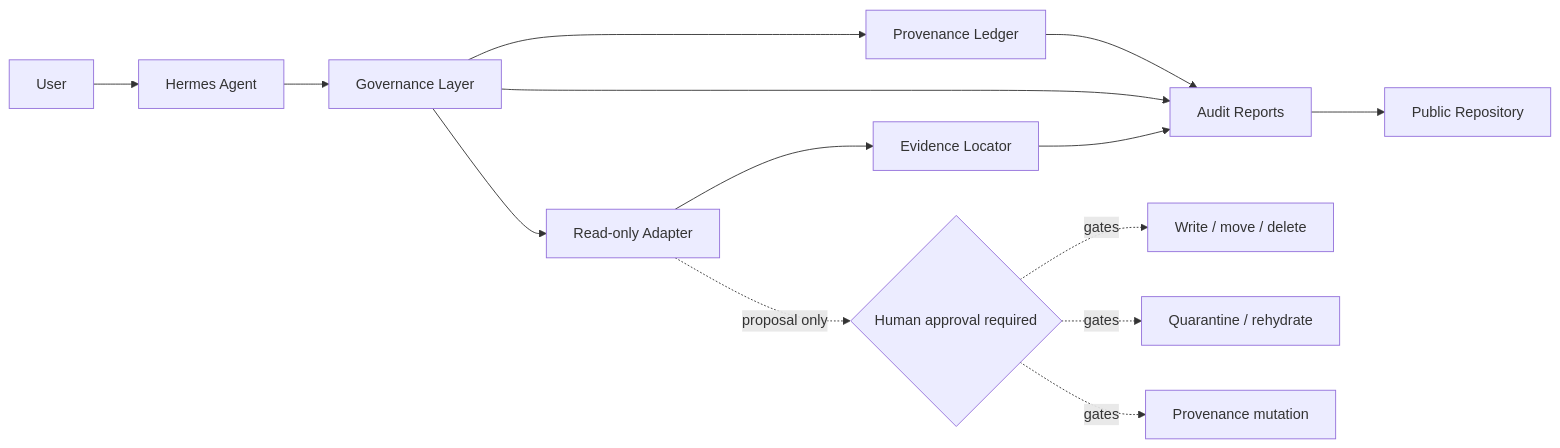
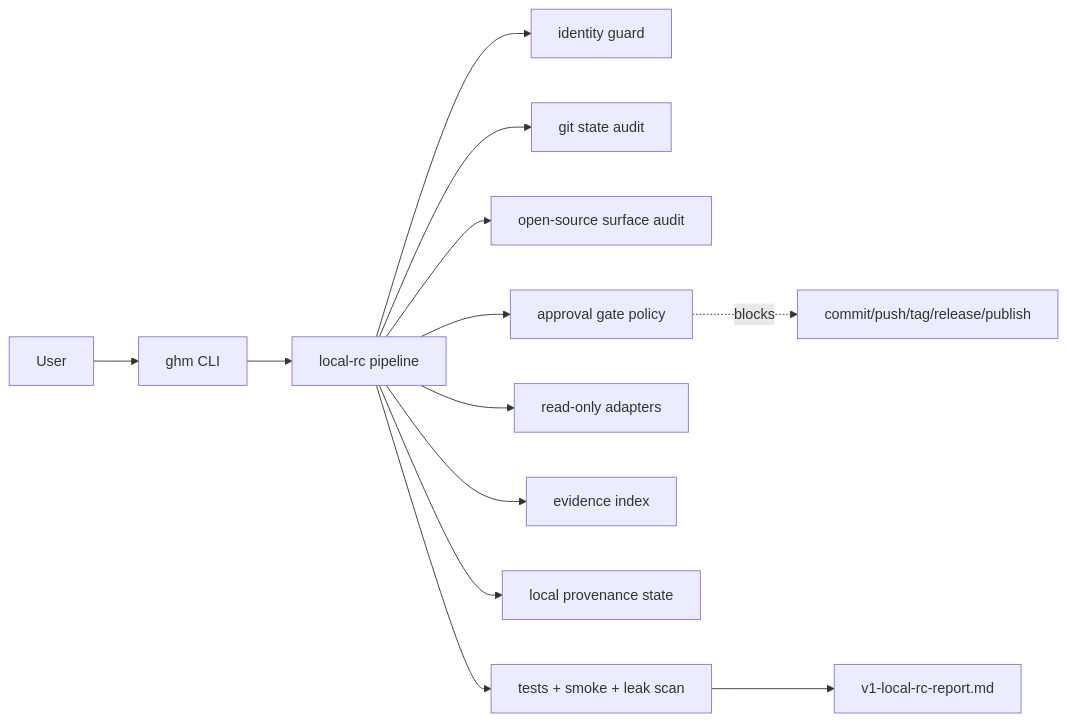
The diagram in README.md (VANILAAAAAAAA/harness-self-governance), drawn with Mermaid before and after one commit. The commit also changed other lines of this file and 37 other files, not shown here.

Commit message:
feat: add v1 local governance pipeline

````diff
--- a/README.md
+++ b/README.md
@@ -9,21 +30,15 @@
 ```mermaid
 flowchart LR
-    User[User] --> Agent[Hermes Agent]
-    Agent --> Governance[Governance Layer]
-
-    Governance --> Ledger[Provenance Ledger]
-    Governance --> Reports[Audit Reports]
-    Governance --> Adapter[Read-only Adapter]
-
-    Adapter --> Locator[Evidence Locator]
-    Locator --> Reports
-    Ledger --> Reports
-
-    Reports --> Repo[Public Repository]
-
-    Gate{Human approval required} -. gates .-> WriteActions[Write / move / delete]
-    Gate -. gates .-> ArchiveActions[Quarantine / rehydrate]
-    Gate -. gates .-> ProvenanceActions[Provenance mutation]
-
-    Adapter -. proposal only .-> Gate
+    User[User] --> CLI[ghm CLI]
+    CLI --> Pipeline[local-rc pipeline]
+    Pipeline --> Identity[identity guard]
+    Pipeline --> GitState[git state audit]
+    Pipeline --> Surface[open-source surface audit]
+    Pipeline --> Gates[approval gate policy]
+    Pipeline --> Adapters[read-only adapters]
+    Pipeline --> Evidence[evidence index]
+    Pipeline --> Provenance[local provenance state]
+    Pipeline --> Validation[tests + smoke + leak scan]
+    Validation --> Report[v1-local-rc-report.md]
+    Gates -. blocks .-> Publish[commit/push/tag/release/publish]
 ```
````
